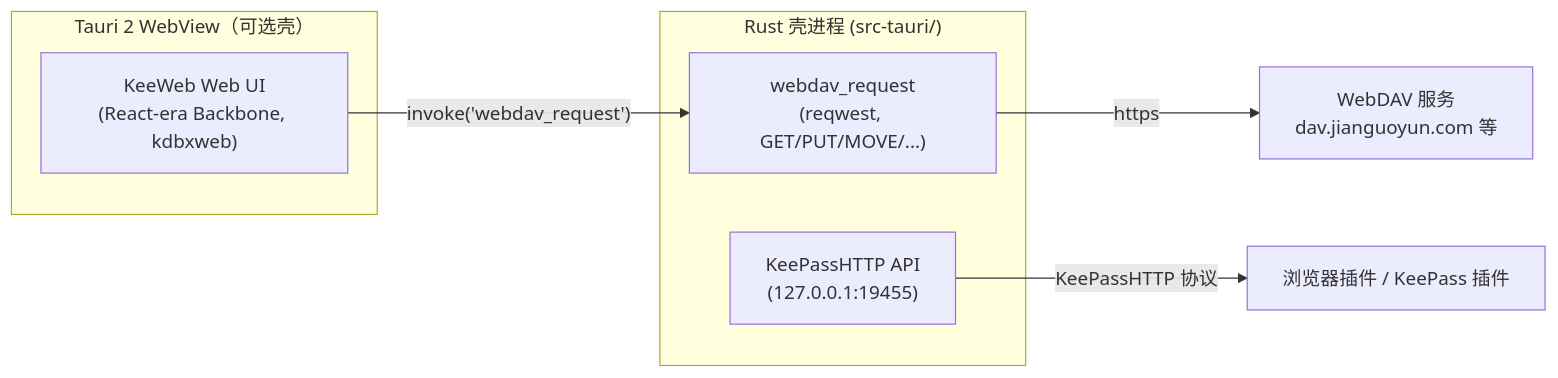
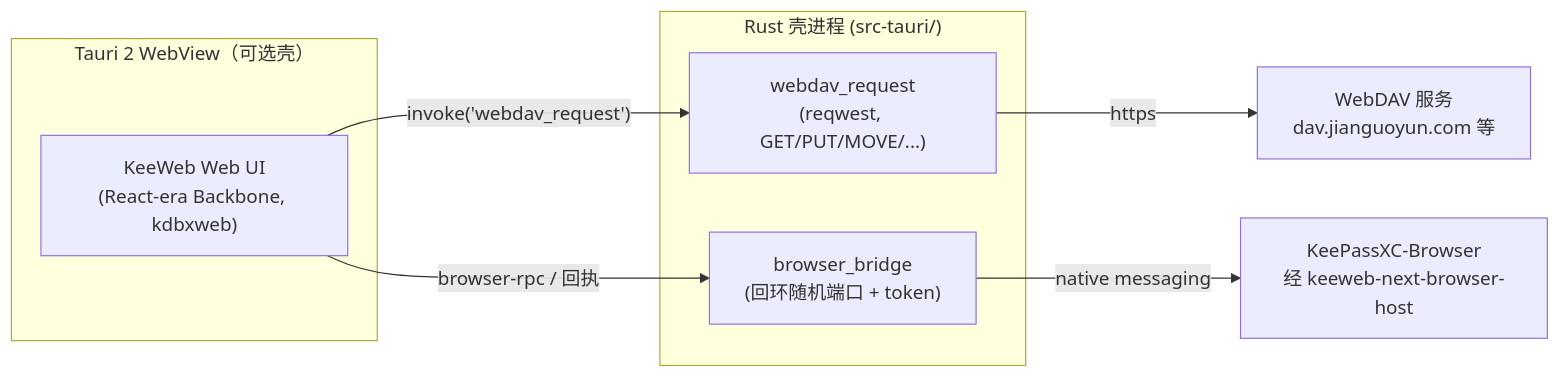
One commit to yanqingwang/keeweb-next changed the diagram in README.md. Above: the diagram before and after it, drawn with Mermaid. The commit also changed other lines of this file and 45 other files, not shown here.

````diff
--- a/README.md
+++ b/README.md
@@ -34,13 +34,14 @@
 ```mermaid
 flowchart LR
     subgraph webview["Tauri 2 WebView（可选壳）"]
         UI["KeeWeb Web UI<br/>(React-era Backbone, kdbxweb)"]
     end
     subgraph rust["Rust 壳进程 (src-tauri/)"]
         WD["webdav_request<br/>(reqwest, GET/PUT/MOVE/...)"]
-        HTTP["KeePassHTTP API<br/>(127.0.0.1:19455)"]
+        BR["browser_bridge<br/>(回环随机端口 + token)"]
     end
     UI -- "invoke('webdav_request')" --> WD
     WD -- "https" --> DAV["WebDAV 服务<br/>dav.jianguoyun.com 等"]
-    HTTP -- "KeePassHTTP 协议" --> EXT["浏览器插件 / KeePass 插件"]
+    UI -- "browser-rpc / 回执" --> BR
+    BR -- "native messaging" --> EXT["KeePassXC-Browser<br/>经 keeweb-next-browser-host"]
 ```
````
